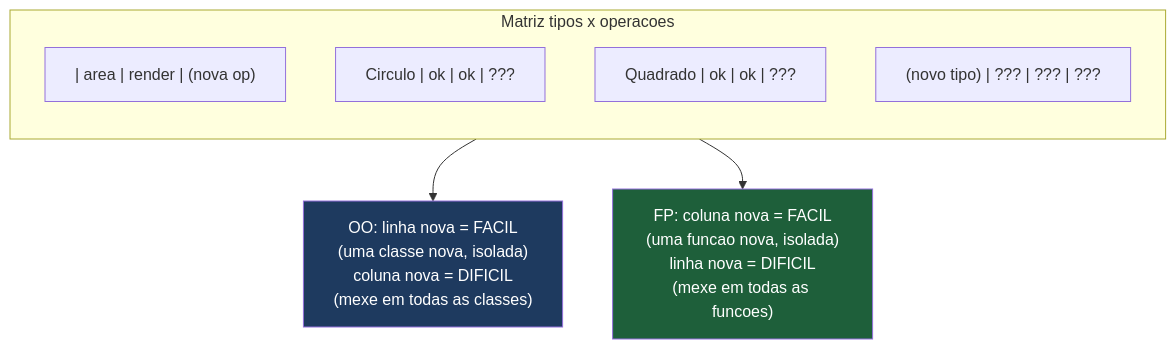
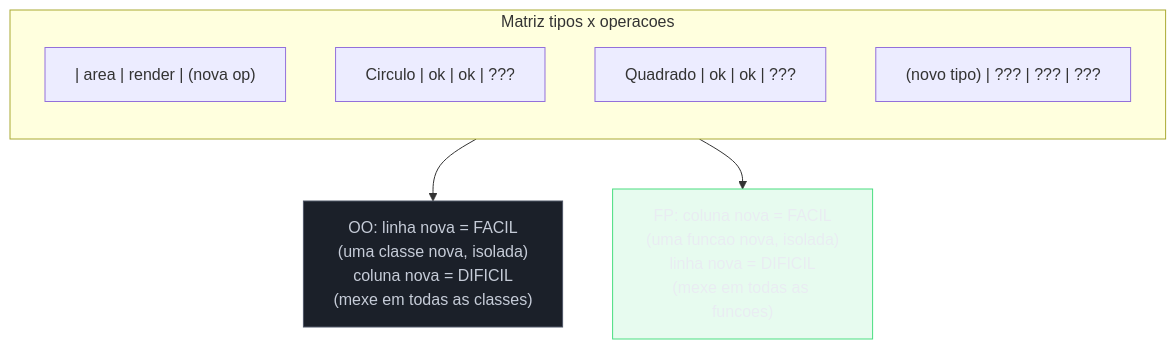
The sixth of 6 diagrams in 03-Dominios/Ciência/Paradigmas/03 - O paradigma orientado a objetos.md (josenaldo/codex-technomanticus), drawn with Mermaid before and after one commit. The commit also changed other lines of this file and 1181 other files, not shown here.

First line of the commit message:
fix(diagramas): paleta do sistema no lugar de cor cravada no markdown

````diff
--- a/03-Dominios/Ciência/Paradigmas/03 - O paradigma orientado a objetos.md
+++ b/03-Dominios/Ciência/Paradigmas/03 - O paradigma orientado a objetos.md
@@ -220,16 +229,18 @@
 ```mermaid
 flowchart TB
+    classDef neutro fill:#1B2029,stroke:#4E5666,color:#C6CCD8
+    classDef ok fill:#4ADE8021,stroke:#4ADE80,color:#E9ECF2
     subgraph MATRIZ["Matriz tipos x operacoes"]
         direction TB
         H["         | area | render | (nova op)"]
         R1["Circulo  |  ok  |   ok   |   ???"]
         R2["Quadrado |  ok  |   ok   |   ???"]
         R3["(novo tipo) | ??? |  ???  |   ???"]
     end
     OOaxis["OO: linha nova = FACIL<br/>(uma classe nova, isolada)<br/>coluna nova = DIFICIL<br/>(mexe em todas as classes)"]
     FPaxis["FP: coluna nova = FACIL<br/>(uma funcao nova, isolada)<br/>linha nova = DIFICIL<br/>(mexe em todas as funcoes)"]
     MATRIZ --> OOaxis
     MATRIZ --> FPaxis
-    style OOaxis fill:#1e3a5f,color:#fff
-    style FPaxis fill:#1e5f3a,color:#fff
+    class OOaxis neutro
+    class FPaxis ok
 ```
````
